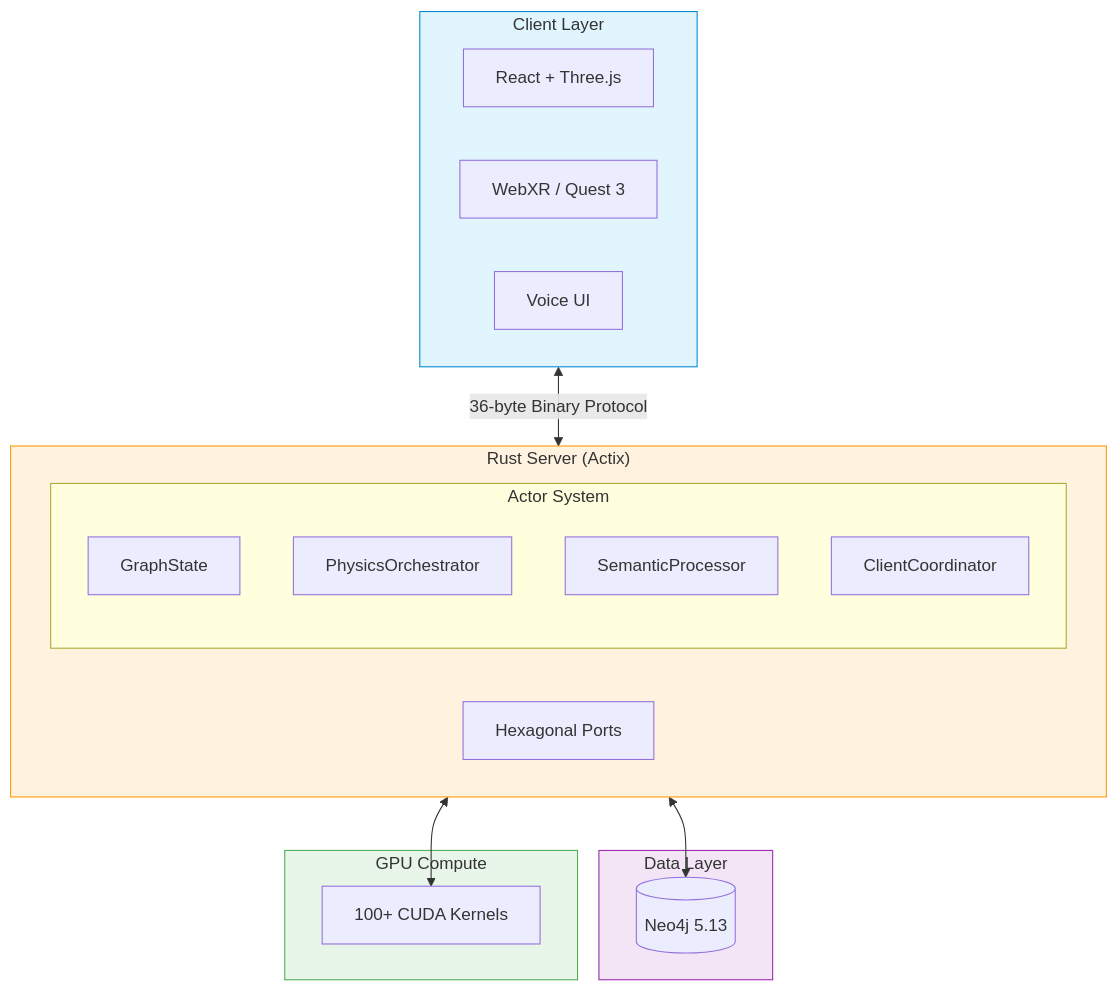
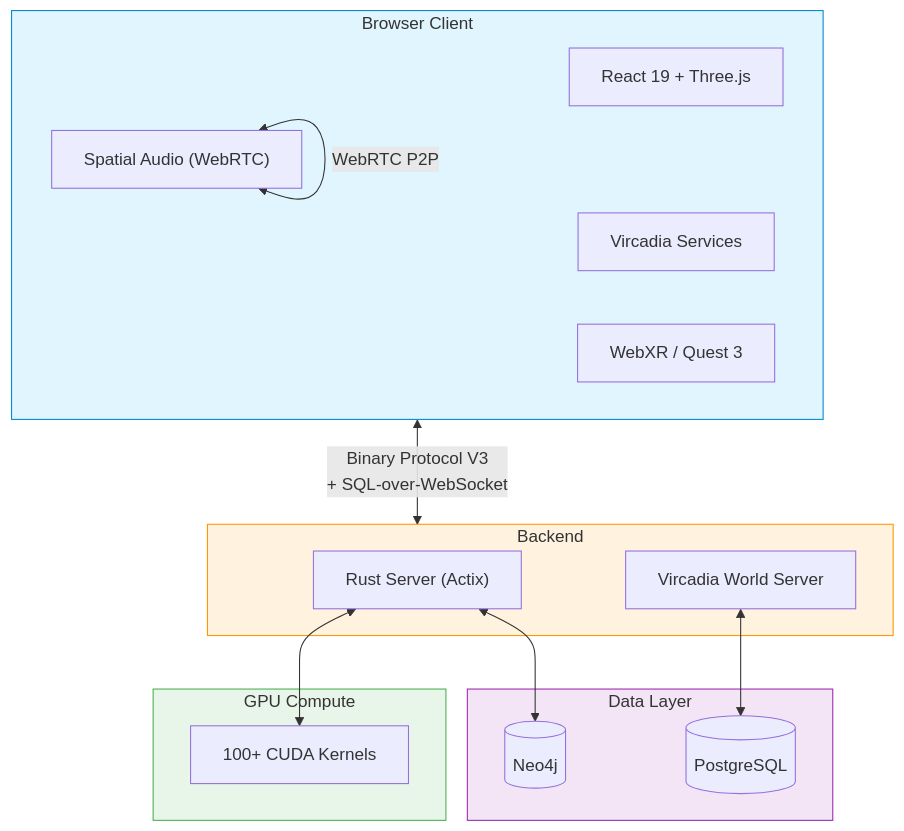
One commit to DreamLab-AI/VisionFlow changed the diagram in README.md. Above: the diagram before and after it, drawn with Mermaid. The commit also changed other lines of this file and 16 other files, not shown here.

````diff
--- a/README.md
+++ b/README.md
@@ -213,35 +87,34 @@
 ```mermaid
 flowchart TB
-    subgraph Client["Client Layer"]
-        React["React + Three.js"]
+    subgraph Client["Browser Client"]
+        React["React 19 + Three.js"]
+        Vircadia["Vircadia Services"]
         WebXR["WebXR / Quest 3"]
-        Voice["Voice UI"]
+        Audio["Spatial Audio (WebRTC)"]
     end
 
-    subgraph Server["Rust Server (Actix)"]
-        subgraph Actors["Actor System"]
-            GS["GraphState"]
-            PO["PhysicsOrchestrator"]
-            SP["SemanticProcessor"]
-            CC["ClientCoordinator"]
-        end
-        HP["Hexagonal Ports"]
+    subgraph Server["Backend"]
+        Rust["Rust Server (Actix)"]
+        VWS["Vircadia World Server"]
     end
 
     subgraph Data["Data Layer"]
-        Neo4j[(Neo4j 5.13)]
+        Neo4j[(Neo4j)]
+        PG[(PostgreSQL)]
     end
 
     subgraph GPU["GPU Compute"]
         CUDA["100+ CUDA Kernels"]
     end
 
-    Client <-->|"36-byte Binary Protocol"| Server
-    Server <--> Neo4j
-    Server <--> CUDA
+    Client <-->|"Binary Protocol V3\n+ SQL-over-WebSocket"| Server
+    Audio <-->|"WebRTC P2P"| Audio
+    Rust <--> Neo4j
+    VWS <--> PG
+    Rust <--> CUDA
 
     style Client fill:#e1f5ff,stroke:#0288d1
     style Server fill:#fff3e0,stroke:#ff9800
     style Data fill:#f3e5f5,stroke:#9c27b0
     style GPU fill:#e8f5e9,stroke:#4caf50
 ```
````
